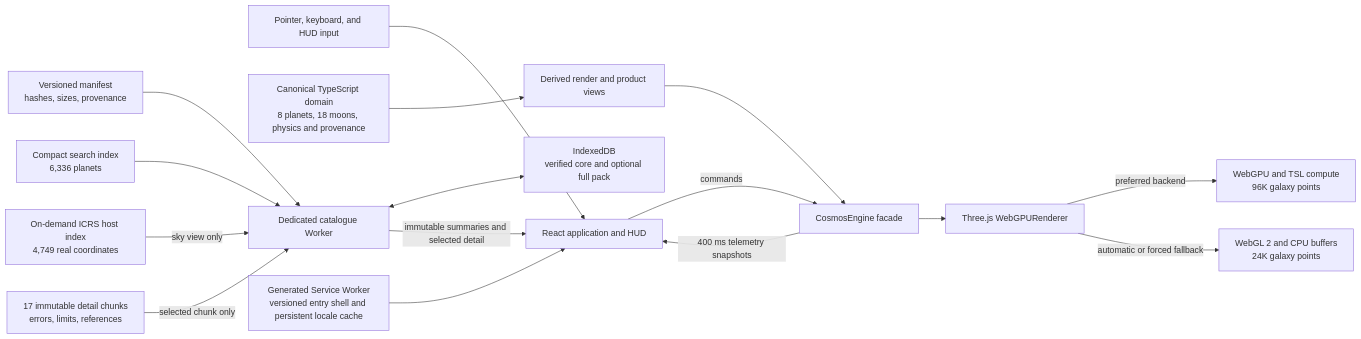
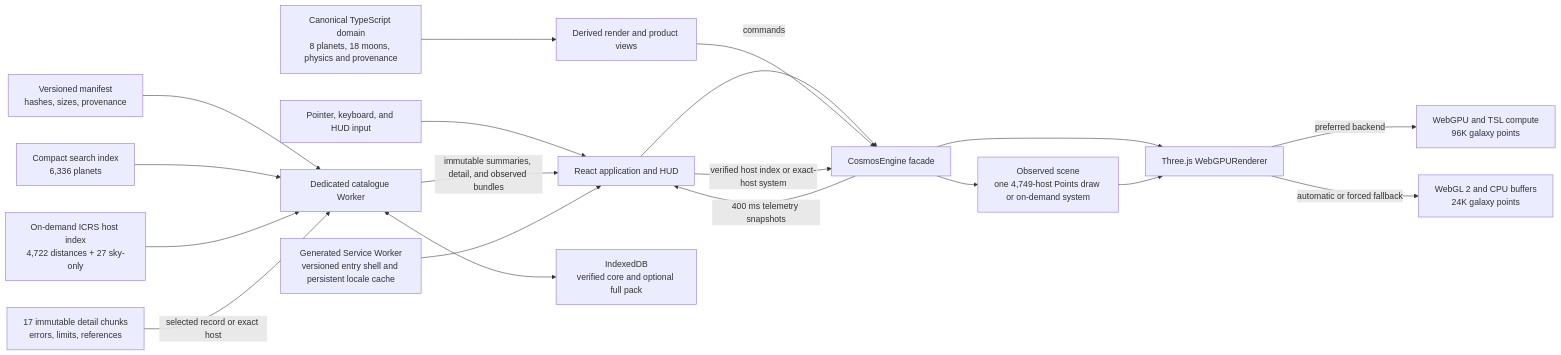
The diagram in README.md (tianrking/SpaceEngine-Web), drawn with Mermaid before and after one commit. The commit also changed other lines of this file and 26 other files, not shown here.

````diff
--- a/README.md
+++ b/README.md
@@ -230,18 +240,21 @@
 ```mermaid
 flowchart LR
   User["Pointer, keyboard, and HUD input"] --> UI["React application and HUD"]
   UI -->|commands| Engine["CosmosEngine facade"]
   Engine -->|400 ms telemetry snapshots| UI
   Domain["Canonical TypeScript domain<br/>8 planets, 18 moons, physics and provenance"] --> Catalog["Derived render and product views"]
   Catalog --> Engine
   Manifest["Versioned manifest<br/>hashes, sizes, provenance"] --> Worker["Dedicated catalogue Worker"]
   Index["Compact search index<br/>6,336 planets"] --> Worker
-  HostSky["On-demand ICRS host index<br/>4,749 real coordinates"] -->|sky view only| Worker
-  Detail["17 immutable detail chunks<br/>errors, limits, references"] -->|selected chunk only| Worker
+  HostSky["On-demand ICRS host index<br/>4,722 distances + 27 sky-only"] --> Worker
+  Detail["17 immutable detail chunks<br/>errors, limits, references"] -->|selected record or exact host| Worker
   Worker <--> IDB["IndexedDB<br/>verified core and optional full pack"]
-  Worker -->|immutable summaries and selected detail| UI
+  Worker -->|immutable summaries, detail, and observed bundles| UI
+  UI -->|verified host index or exact-host system| Engine
   SW["Generated Service Worker<br/>versioned entry shell and persistent locale cache"] --> UI
   Engine --> Renderer["Three.js WebGPURenderer"]
+  Engine --> Observed["Observed scene<br/>one 4,749-host Points draw or on-demand system"]
+  Observed --> Renderer
   Renderer -->|preferred backend| GPU["WebGPU and TSL compute<br/>96K galaxy points"]
   Renderer -->|automatic or forced fallback| GL["WebGL 2 and CPU buffers<br/>24K galaxy points"]
 ```
````
